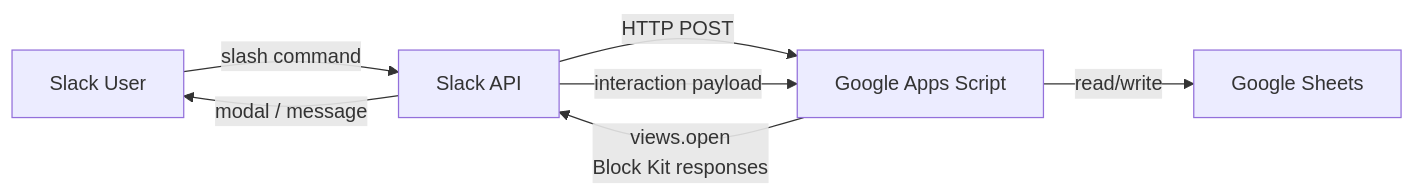
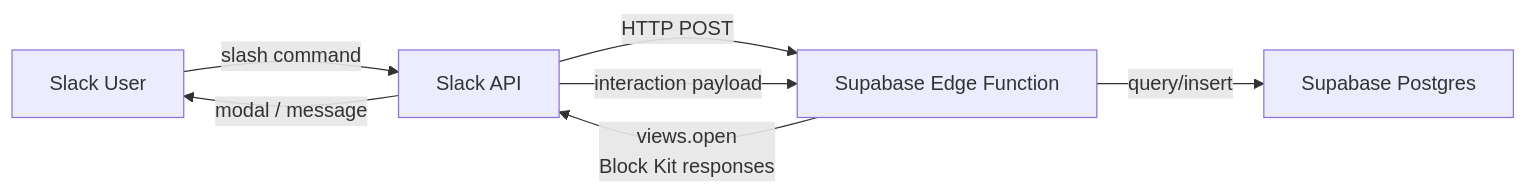
One commit to empathetech/hacky-hours-bot changed the first of 2 diagrams in hacky-hours/02-design/ARCHITECTURE.md. Above: the diagram before and after it, drawn with Mermaid. The commit also changed other lines of this file and 8 other files, not shown here.

First line of the commit message:
docs: architecture rewrite — switch to Supabase Edge Functions + Postgres

````diff
--- a/hacky-hours/02-design/ARCHITECTURE.md
+++ b/hacky-hours/02-design/ARCHITECTURE.md
@@ -11,9 +13,9 @@
 ```mermaid
 flowchart LR
     U[Slack User] -->|slash command| SA[Slack API]
-    SA -->|HTTP POST| GAS[Google Apps Script]
-    GAS -->|read/write| GS[Google Sheets]
-    GAS -->|views.open\nBlock Kit responses| SA
-    SA -->|interaction payload| GAS
+    SA -->|HTTP POST| EF[Supabase Edge Function]
+    EF -->|query/insert| PG[Supabase Postgres]
+    EF -->|views.open\nBlock Kit responses| SA
+    SA -->|interaction payload| EF
     SA -->|modal / message| U
 ```
````
